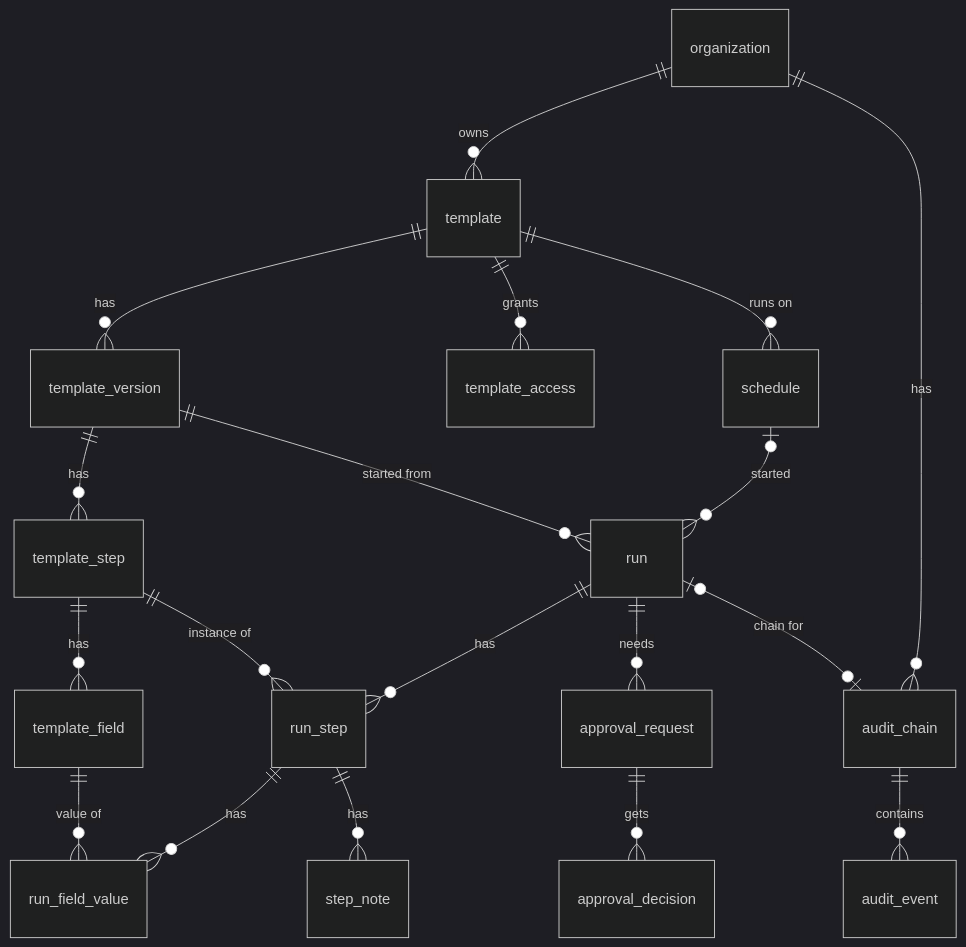
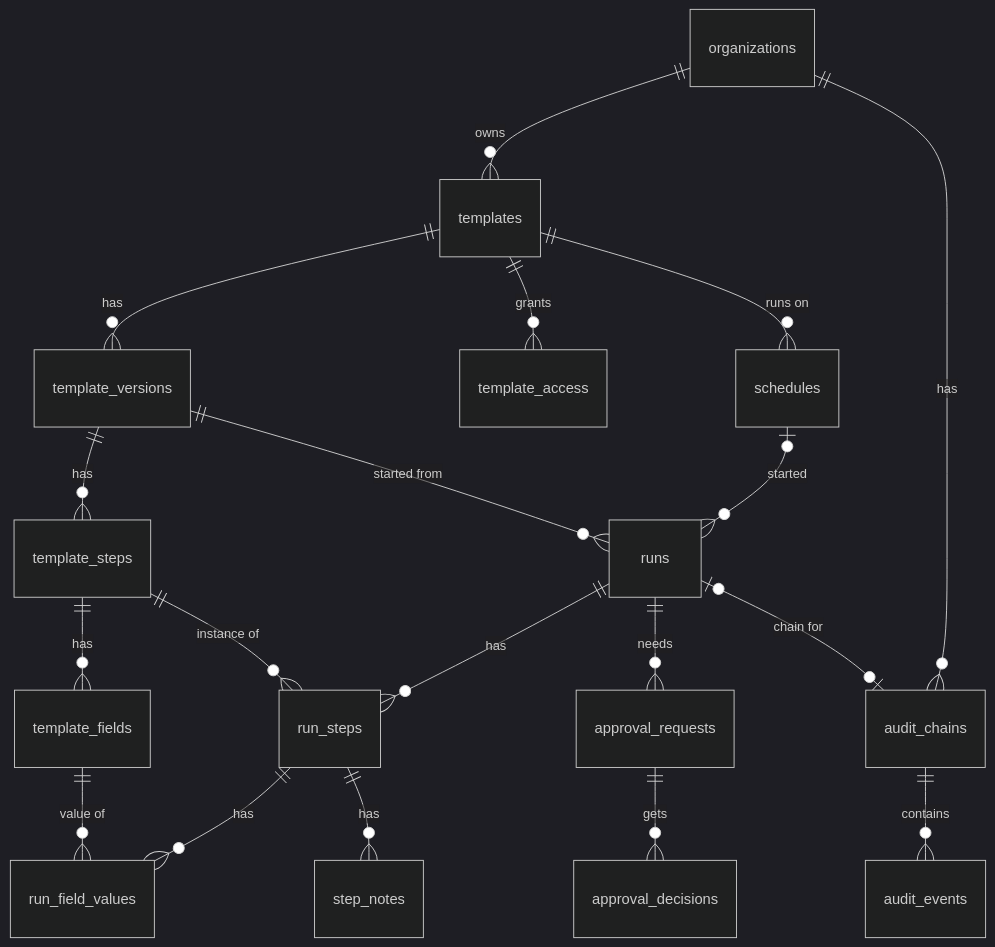
One commit to binaryoverload/checklog changed the diagram in docs/plans/db-structure.md. Above: the diagram before and after it, drawn with Mermaid (dark theme). The commit also changed other lines of this file and 8 other files, not shown here.

````diff
--- a/docs/plans/db-structure.md
+++ b/docs/plans/db-structure.md
@@ -102,21 +102,21 @@
 ```mermaid
 erDiagram
-  organization ||--o{ template : owns
-  template ||--o{ template_version : has
-  template_version ||--o{ template_step : has
-  template_step ||--o{ template_field : has
-  template ||--o{ template_access : grants
-  template ||--o{ schedule : "runs on"
-  template_version ||--o{ run : "started from"
-  schedule |o--o{ run : started
-  run ||--o{ run_step : has
-  template_step ||--o{ run_step : "instance of"
-  run_step ||--o{ run_field_value : has
-  template_field ||--o{ run_field_value : "value of"
-  run_step ||--o{ step_note : has
-  run ||--o{ approval_request : needs
-  approval_request ||--o{ approval_decision : gets
-  organization ||--o{ audit_chain : has
-  run |o--o| audit_chain : "chain for"
-  audit_chain ||--o{ audit_event : contains
+  organizations ||--o{ templates : owns
+  templates ||--o{ template_versions : has
+  template_versions ||--o{ template_steps : has
+  template_steps ||--o{ template_fields : has
+  templates ||--o{ template_access : grants
+  templates ||--o{ schedules : "runs on"
+  template_versions ||--o{ runs : "started from"
+  schedules |o--o{ runs : started
+  runs ||--o{ run_steps : has
+  template_steps ||--o{ run_steps : "instance of"
+  run_steps ||--o{ run_field_values : has
+  template_fields ||--o{ run_field_values : "value of"
+  run_steps ||--o{ step_notes : has
+  runs ||--o{ approval_requests : needs
+  approval_requests ||--o{ approval_decisions : gets
+  organizations ||--o{ audit_chains : has
+  runs |o--o| audit_chains : "chain for"
+  audit_chains ||--o{ audit_events : contains
 ```
````
